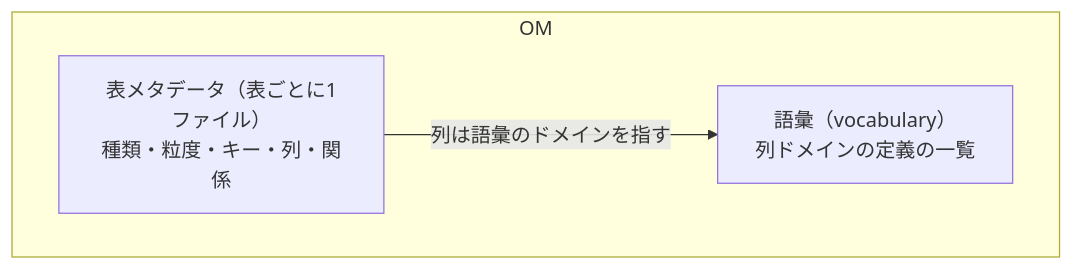
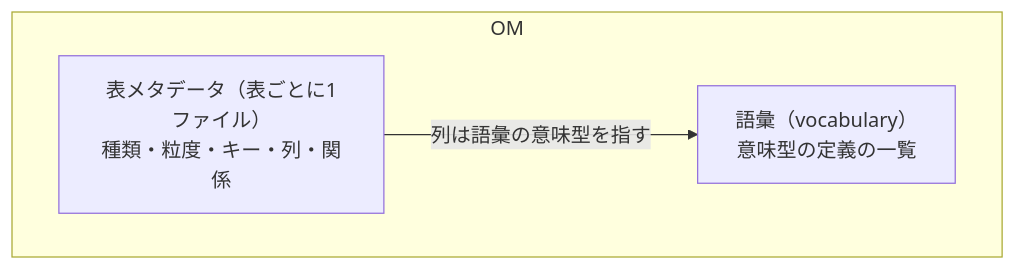
One commit to NaokiHyu/mandara changed the second of 6 diagrams in docs/quickstart.md. Above: the diagram before and after it, drawn with Mermaid. The commit also changed other lines of this file and 56 other files, not shown here.

````diff
--- a/docs/quickstart.md
+++ b/docs/quickstart.md
@@ -41,8 +41,8 @@
 ```mermaid
 flowchart TB
     subgraph OM["OM"]
-        V["語彙（vocabulary）<br/>列ドメインの定義の一覧"]
+        V["語彙（vocabulary）<br/>意味型の定義の一覧"]
         T["表メタデータ（表ごとに1ファイル）<br/>種類・粒度・キー・列・関係"]
     end
-    T -- "列は語彙のドメインを指す" --> V
+    T -- "列は語彙の意味型を指す" --> V
 ```
````
